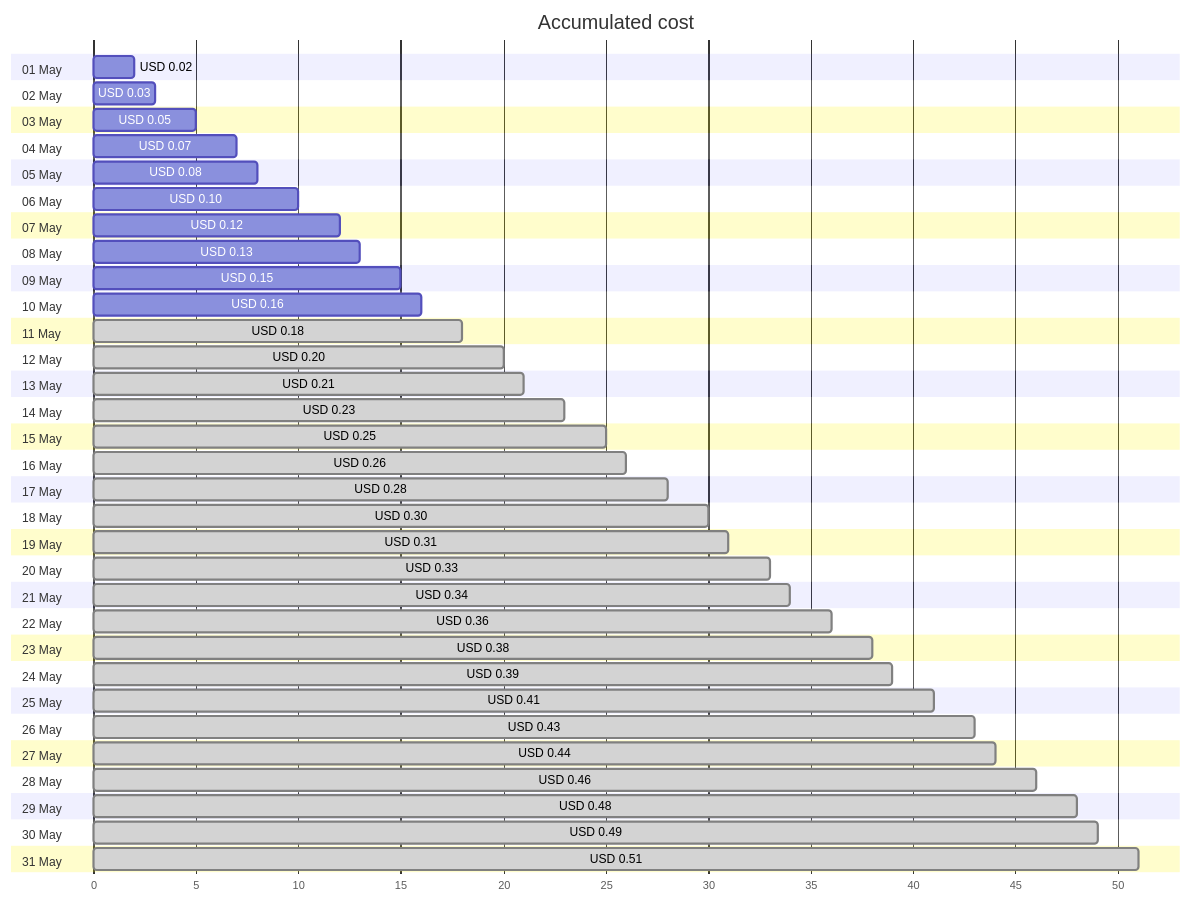
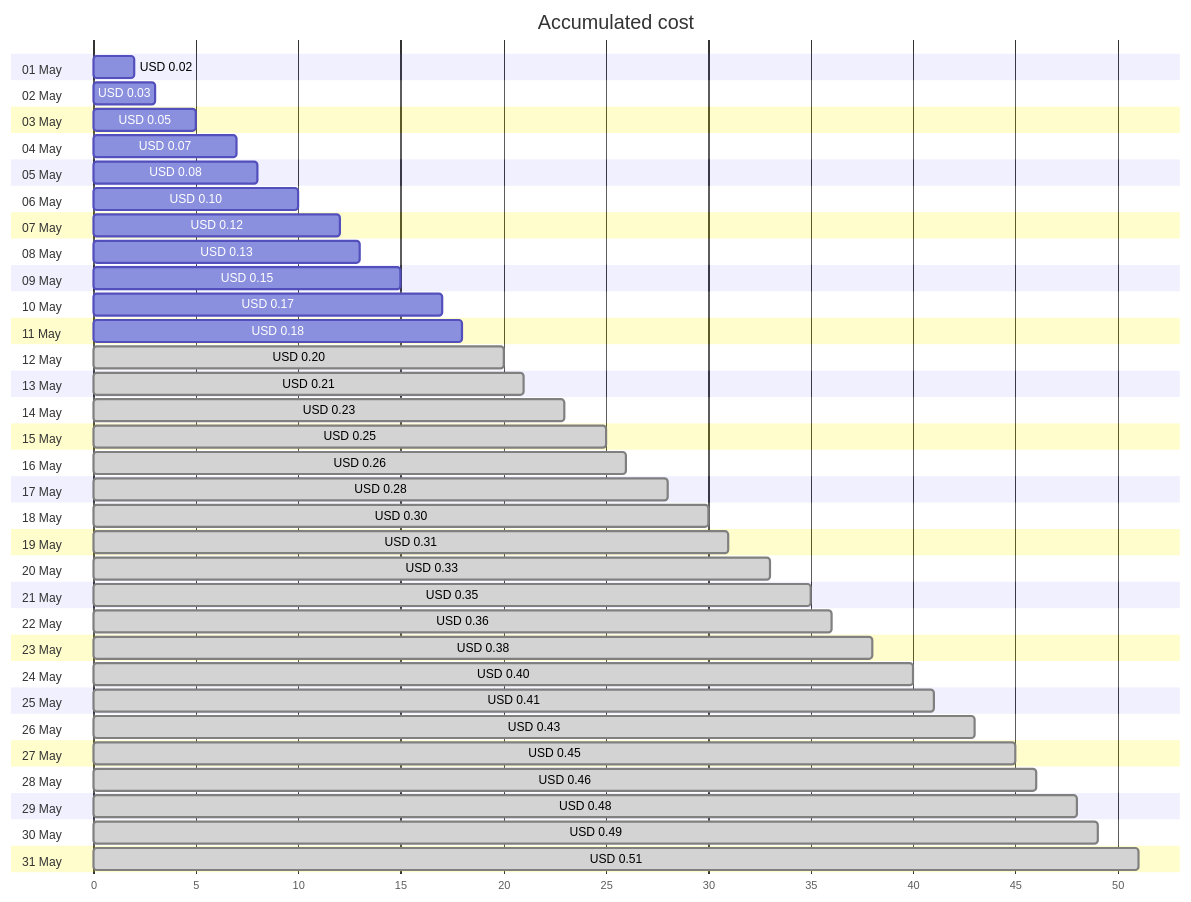
The first of 4 diagrams in cost-reports/personal-dns/jpatrickfulton.dev.md (jpfulton/azure-personal-reports), drawn with Mermaid before and after one commit. The commit also changed other lines of this file and 2 other files, not shown here.

````diff
--- a/cost-reports/personal-dns/jpatrickfulton.dev.md
+++ b/cost-reports/personal-dns/jpatrickfulton.dev.md
@@ -20,68 +20,68 @@
 ```mermaid
 gantt
    title Accumulated cost
    dateFormat  X
    axisFormat %s
    section 01 May
    USD 0.02 :0, 2
    section 02 May
    USD 0.03 :0, 3
    section 03 May
    USD 0.05 :0, 5
    section 04 May
    USD 0.07 :0, 7
    section 05 May
    USD 0.08 :0, 8
    section 06 May
    USD 0.10 :0, 10
    section 07 May
    USD 0.12 :0, 12
    section 08 May
    USD 0.13 :0, 13
    section 09 May
    USD 0.15 :0, 15
    section 10 May
-   USD 0.16 :0, 16
+   USD 0.17 :0, 17
    section 11 May
-   USD 0.18 : done, 0, 18
+   USD 0.18 :0, 18
    section 12 May
    USD 0.20 : done, 0, 20
    section 13 May
    USD 0.21 : done, 0, 21
    section 14 May
    USD 0.23 : done, 0, 23
    section 15 May
    USD 0.25 : done, 0, 25
    section 16 May
    USD 0.26 : done, 0, 26
    section 17 May
    USD 0.28 : done, 0, 28
    section 18 May
    USD 0.30 : done, 0, 30
    section 19 May
    USD 0.31 : done, 0, 31
    section 20 May
    USD 0.33 : done, 0, 33
    section 21 May
-   USD 0.34 : done, 0, 34
+   USD 0.35 : done, 0, 35
    section 22 May
    USD 0.36 : done, 0, 36
    section 23 May
    USD 0.38 : done, 0, 38
    section 24 May
-   USD 0.39 : done, 0, 39
+   USD 0.40 : done, 0, 40
    section 25 May
    USD 0.41 : done, 0, 41
    section 26 May
    USD 0.43 : done, 0, 43
    section 27 May
-   USD 0.44 : done, 0, 44
+   USD 0.45 : done, 0, 45
    section 28 May
    USD 0.46 : done, 0, 46
    section 29 May
    USD 0.48 : done, 0, 48
    section 30 May
    USD 0.49 : done, 0, 49
    section 31 May
    USD 0.51 : done, 0, 51
 ```
````
